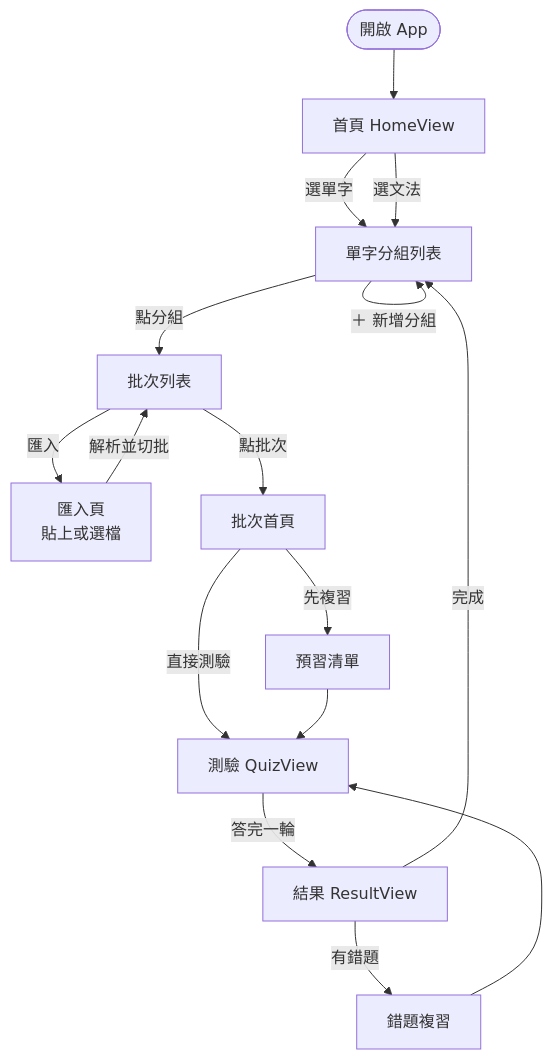
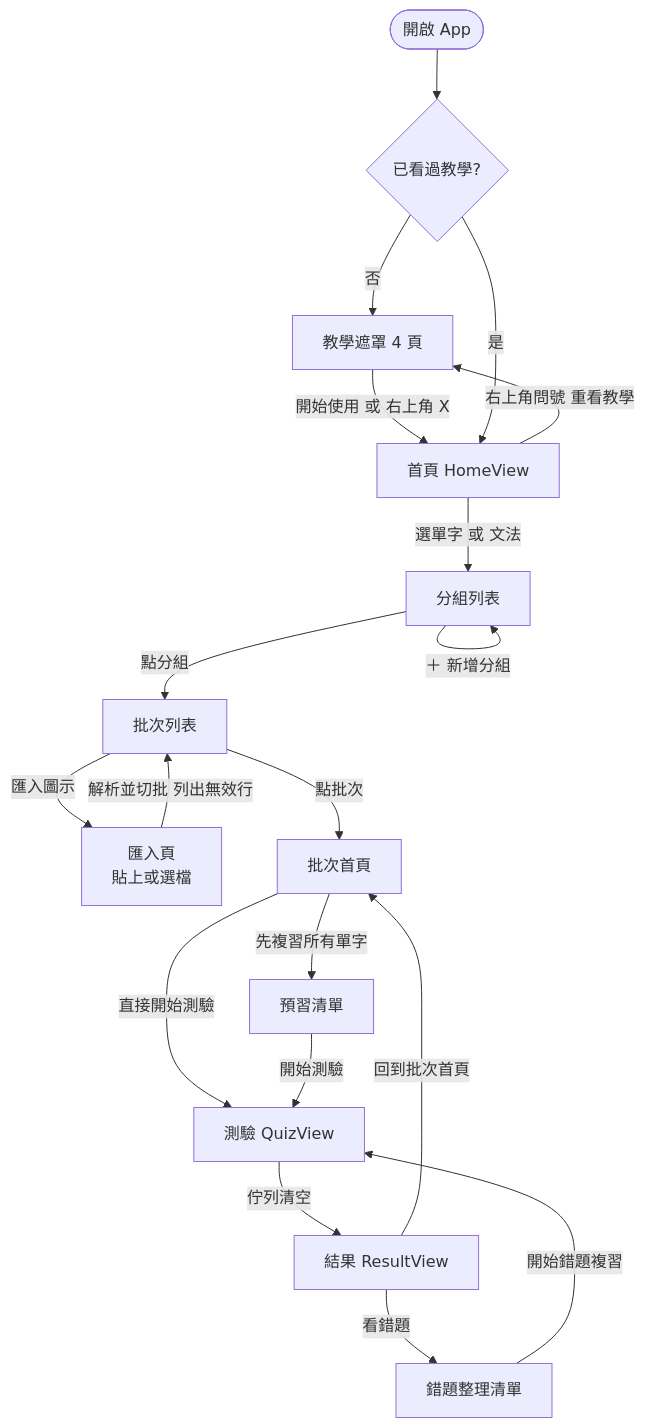
Before and after one commit to peiying004/vocabularyApp: the third of 4 diagrams in docs/architecture.md, drawn with Mermaid. The commit also changed other lines of this file and 8 other files, not shown here.

First line of the commit message:
spectra(sync-docs-after-onboarding): 同步 README 與 docs/ 至 onboarding 後的程式現況，補 mermaid 架構圖與流程圖

````diff
--- a/docs/architecture.md
+++ b/docs/architecture.md
@@ -180,18 +193,21 @@
 ```mermaid
 flowchart TD
-    A([開啟 App]) --> B[首頁 HomeView]
-    B -->|選單字| C[單字分組列表]
-    B -->|選文法| C
+    A([開啟 App]) --> T{已看過教學?}
+    T -->|否| OB[教學遮罩 4 頁]
+    OB -->|開始使用 或 右上角 X| B[首頁 HomeView]
+    T -->|是| B
+    B -->|右上角問號 重看教學| OB
+    B -->|選單字 或 文法| C[分組列表]
     C -->|＋ 新增分組| C
     C -->|點分組| D[批次列表]
-    D -->|匯入| E[匯入頁<br/>貼上或選檔]
-    E -->|解析並切批| D
+    D -->|匯入圖示| E[匯入頁<br/>貼上或選檔]
+    E -->|解析並切批 列出無效行| D
     D -->|點批次| F[批次首頁]
-    F -->|先複習| G[預習清單]
-    F -->|直接測驗| H[測驗 QuizView]
-    G --> H
-    H -->|答完一輪| I[結果 ResultView]
-    I -->|有錯題| J[錯題複習]
-    I -->|完成| C
-    J --> H
+    F -->|先複習所有單字| G[預習清單]
+    F -->|直接開始測驗| H[測驗 QuizView]
+    G -->|開始測驗| H
+    H -->|佇列清空| I[結果 ResultView]
+    I -->|看錯題| J[錯題整理清單]
+    J -->|開始錯題複習| H
+    I -->|回到批次首頁| F
 ```
````
